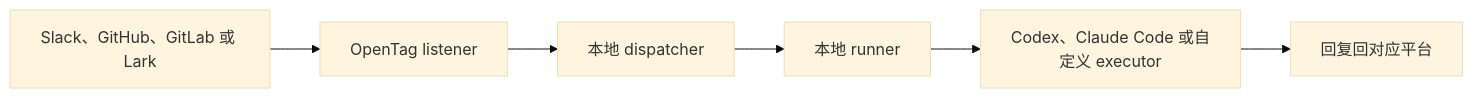
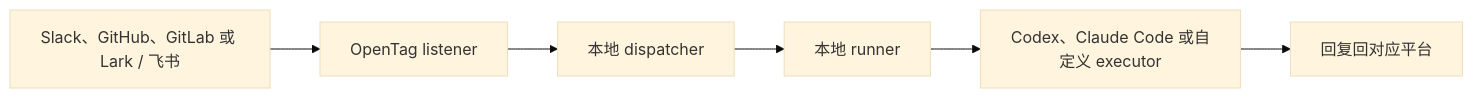
Before and after one commit to amplifthq/opentag: the diagram in README.zh-CN.md, drawn with Mermaid (base theme). The commit also changed 1 other file, not shown here.

Commit message:
Keep platform labels consistent in README diagrams
CodeRabbit caught that the architecture diagrams shortened the Lark / Feishu platform label even though the surrounding README text and platform tables use the full name. This keeps the diagrams aligned with the documented platform names without changing runtime behavior.

Constraint: README platform naming should stay consistent across prose, tables, and diagrams.
Rejected: Leave the shorter diagram labels | creates avoidable drift in the first-time reader path.
Confidence: high
Scope-risk: narrow
Directive: When adding platform names to README diagrams, mirror the exact public labels used in the platform guide tables.
Tested: corepack pnpm test packages/cli/test/docs-contract.test.ts
Tested: git diff --check

````diff
--- a/README.zh-CN.md
+++ b/README.zh-CN.md
@@ -206,8 +206,8 @@
 ```mermaid
 flowchart LR
-    A["Slack、GitHub、GitLab 或 Lark"] --> B["OpenTag listener"]
+    A["Slack、GitHub、GitLab 或 Lark / 飞书"] --> B["OpenTag listener"]
     B --> C["本地 dispatcher"]
     C --> D["本地 runner"]
     D --> E["Codex、Claude Code 或自定义 executor"]
     E --> F["回复回对应平台"]
 ```
````
